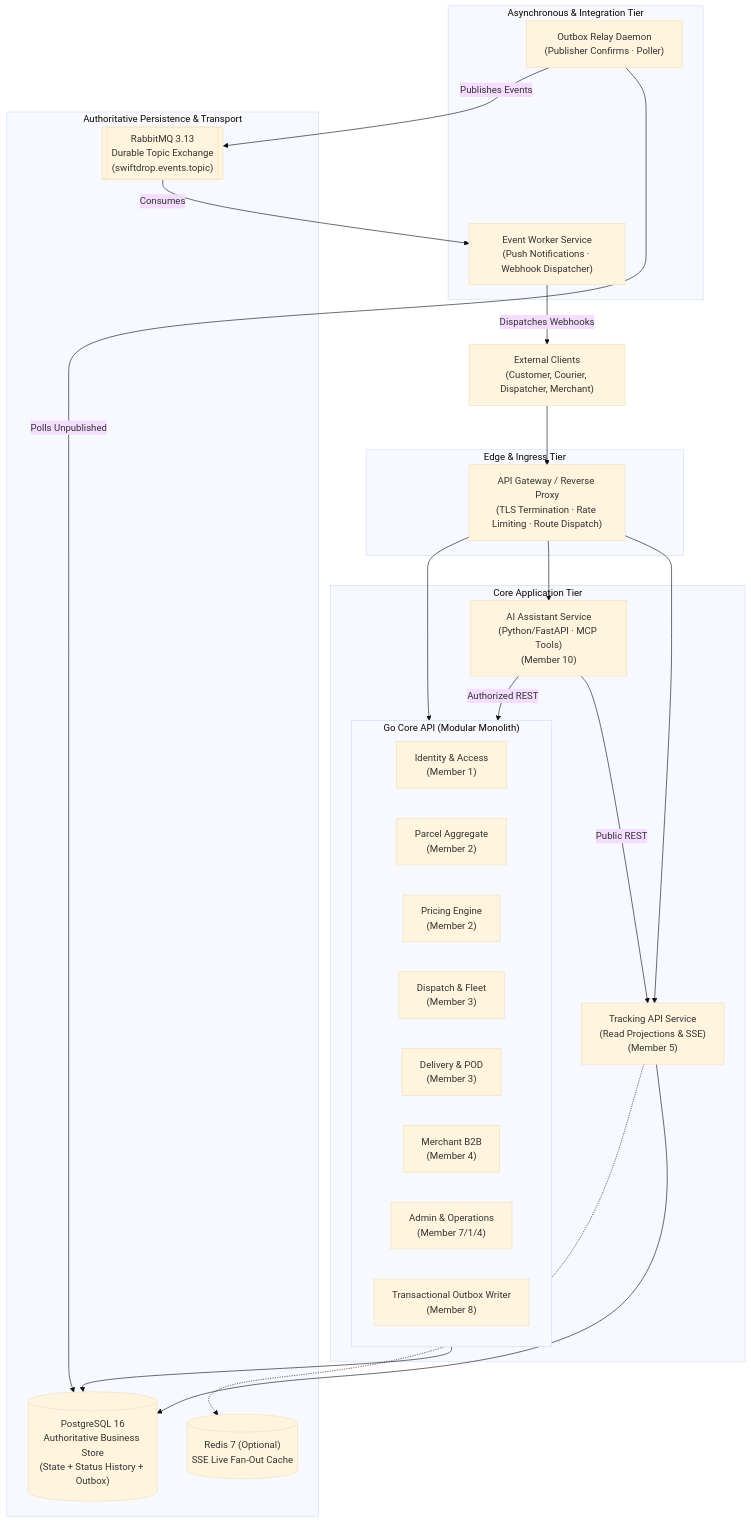
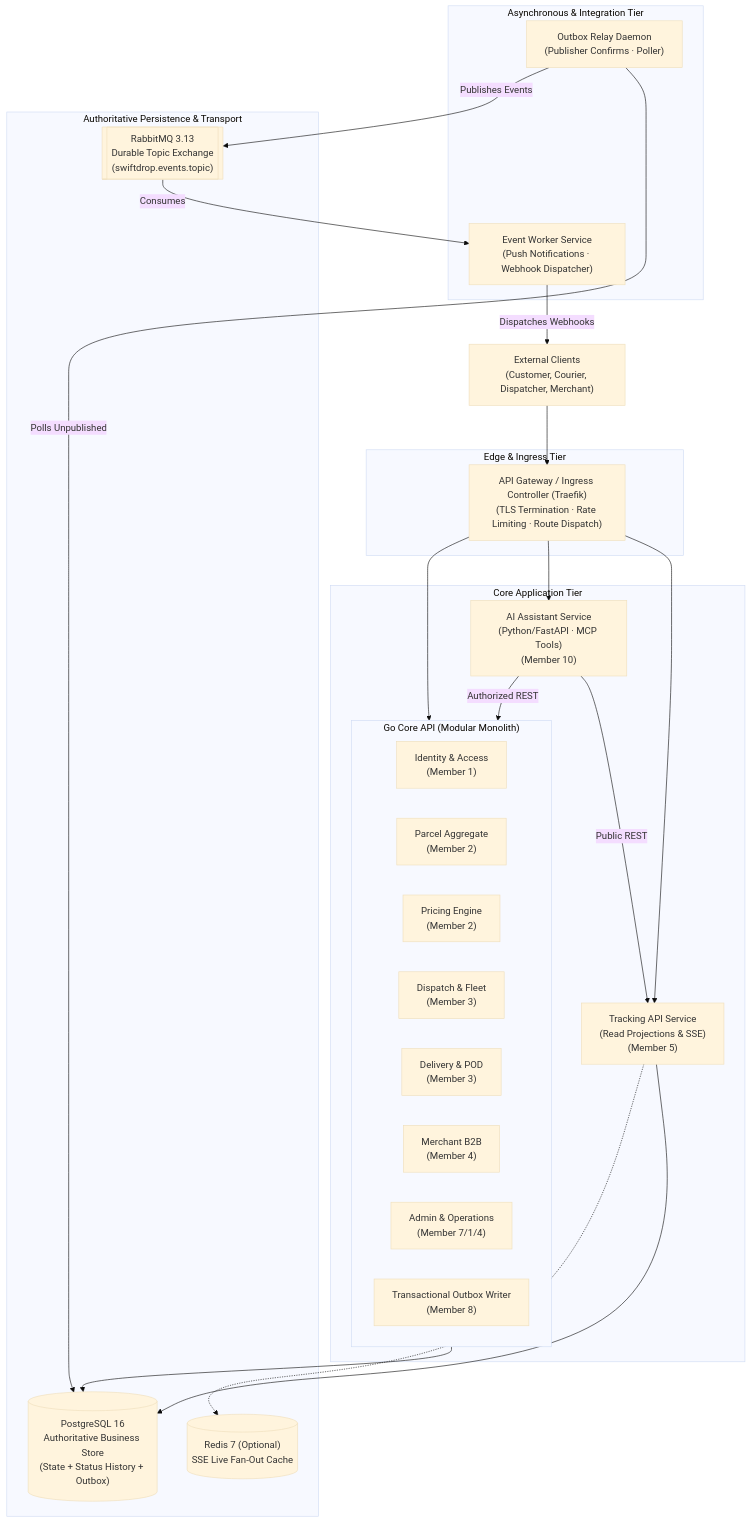
One commit to Prashani-beep/SwiftDrop changed the first of 2 diagrams in README.md. Above: the diagram before and after it, drawn with Mermaid (base theme). The commit also changed other lines of this file and 13 other files, not shown here.

First line of the commit message:
feat(gateway): adopt Traefik as unified edge ingress and API gateway

````diff
--- a/README.md
+++ b/README.md
@@ -56,51 +56,51 @@
 ```mermaid
 flowchart TD
     ClientEdge["External Clients\n(Customer, Courier, Dispatcher, Merchant)"]
     
     subgraph EdgeTier ["Edge & Ingress Tier"]
-        GW["API Gateway / Reverse Proxy\n(TLS Termination · Rate Limiting · Route Dispatch)"]
+        GW["API Gateway / Ingress Controller (Traefik)\n(TLS Termination · Rate Limiting · Route Dispatch)"]
     end
 
     subgraph CoreTier ["Core Application Tier"]
         subgraph ModularMonolith ["Go Core API (Modular Monolith)"]
             IAM["Identity & Access\n(Member 1)"]
             PAR["Parcel Aggregate\n(Member 2)"]
             PRC["Pricing Engine\n(Member 2)"]
             DSP["Dispatch & Fleet\n(Member 3)"]
             DEL["Delivery & POD\n(Member 3)"]
             MRC["Merchant B2B\n(Member 4)"]
             ADM["Admin & Operations\n(Member 7/1/4)"]
             EVT["Transactional Outbox Writer\n(Member 8)"]
         end
         
         TRK["Tracking API Service\n(Read Projections & SSE)\n(Member 5)"]
         AIA["AI Assistant Service\n(Python/FastAPI · MCP Tools)\n(Member 10)"]
     end
 
     subgraph AsyncTier ["Asynchronous & Integration Tier"]
         OBR["Outbox Relay Daemon\n(Publisher Confirms · Poller)"]
         WKR["Event Worker Service\n(Push Notifications · Webhook Dispatcher)"]
     end
 
     subgraph DataTier ["Authoritative Persistence & Transport"]
         PG[("PostgreSQL 16\nAuthoritative Business Store\n(State + Status History + Outbox)")]
         MQ[["RabbitMQ 3.13\nDurable Topic Exchange\n(swiftdrop.events.topic)"]]
         RD[("Redis 7 (Optional)\nSSE Live Fan-Out Cache")]
     end
 
     ClientEdge --> GW
     GW --> ModularMonolith
     GW --> TRK
     GW --> AIA
 
     ModularMonolith --> PG
     TRK --> PG
     TRK -.-> RD
     AIA -->|Authorized REST| ModularMonolith
     AIA -->|Public REST| TRK
 
     OBR -->|Polls Unpublished| PG
     OBR -->|Publishes Events| MQ
     MQ -->|Consumes| WKR
     WKR -->|Dispatches Webhooks| ClientEdge
 ```
````
